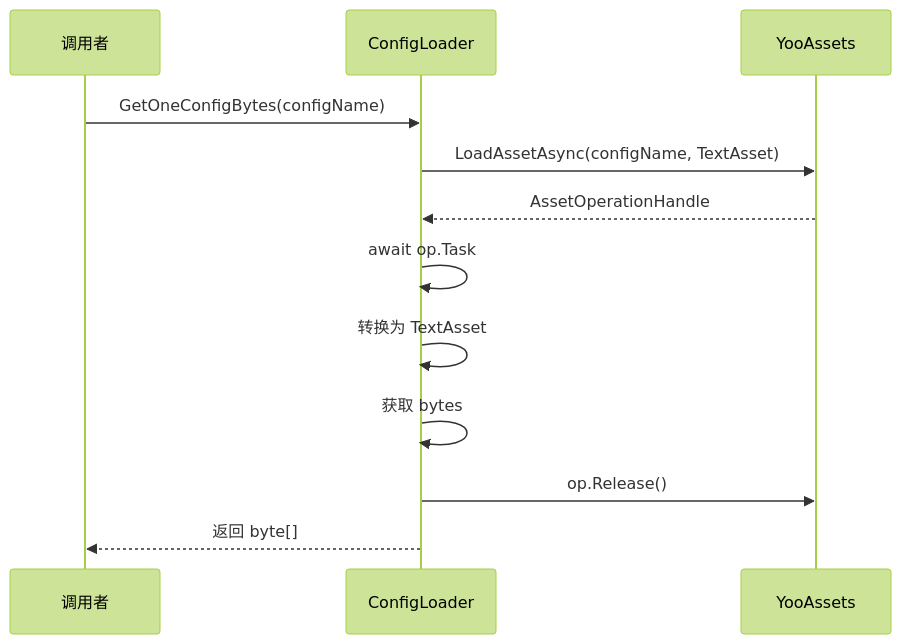
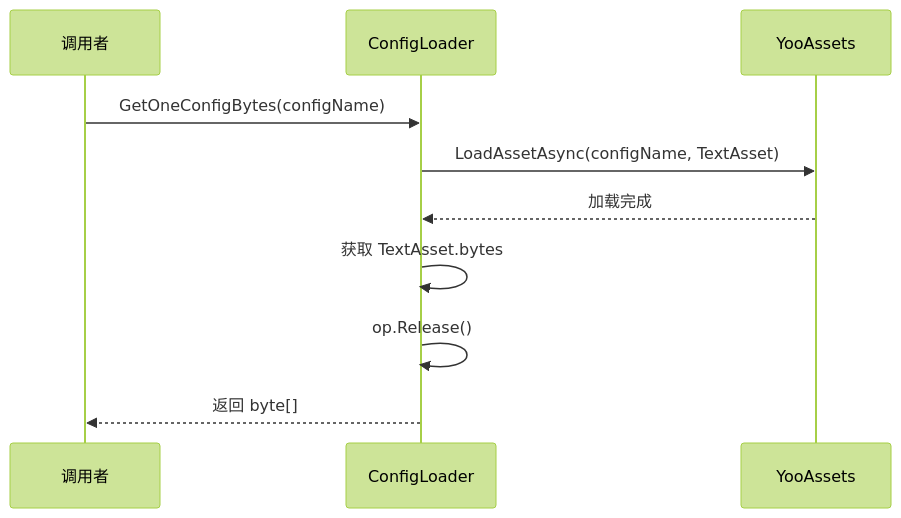
One commit to acsta/Container changed the second of 3 diagrams in Assets/Scripts/Code/Module/Config/ConfigLoader.cs.md. Above: the diagram before and after it, drawn with Mermaid (forest theme). The commit also changed other lines of this file and 9 other files, not shown here.

````diff
--- a/Assets/Scripts/Code/Module/Config/ConfigLoader.cs.md
+++ b/Assets/Scripts/Code/Module/Config/ConfigLoader.cs.md
@@ -152,15 +167,13 @@
 ```mermaid
 sequenceDiagram
     participant Caller as 调用者
     participant CL as ConfigLoader
     participant YA as YooAssets
-    
+
     Caller->>CL: GetOneConfigBytes(configName)
     CL->>YA: LoadAssetAsync(configName, TextAsset)
-    YA-->>CL: AssetOperationHandle
-    CL->>CL: await op.Task
-    CL->>CL: 转换为 TextAsset
-    CL->>CL: 获取 bytes
-    CL->>YA: op.Release()
+    YA-->>CL: 加载完成
+    CL->>CL: 获取 TextAsset.bytes
+    CL->>CL: op.Release()
     CL-->>Caller: 返回 byte[]
 ```
````
